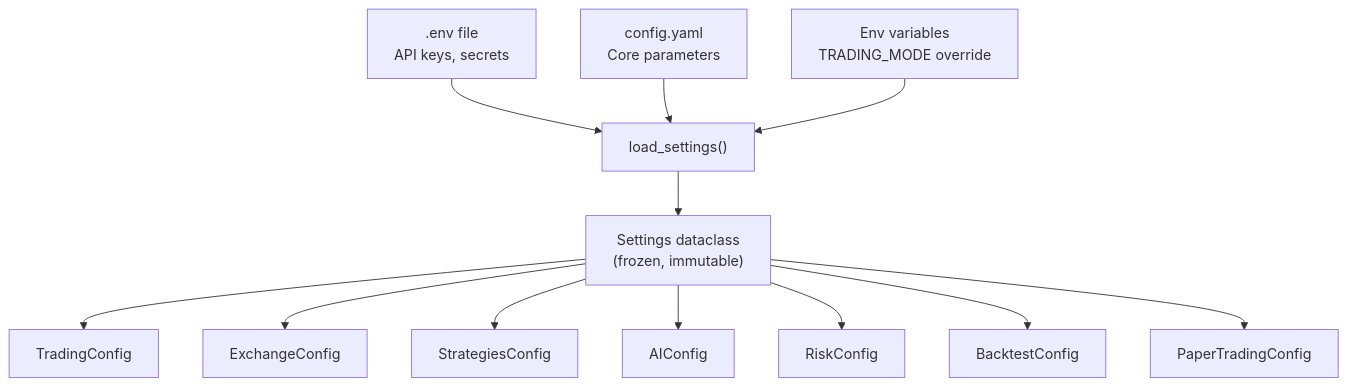
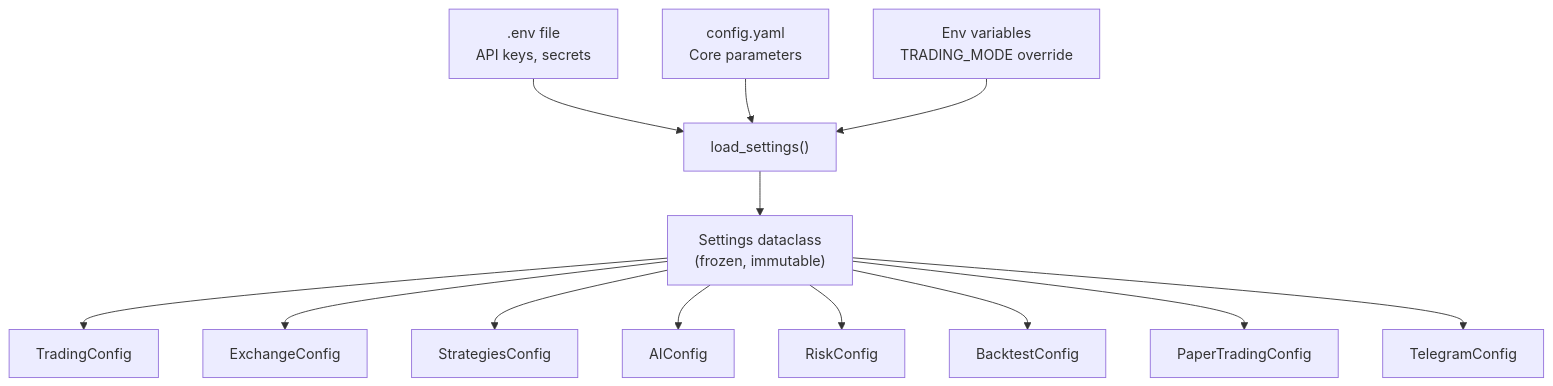
One commit to tarmosalong/tradingbot changed the third of 17 diagrams in README.md. Above: the diagram before and after it, drawn with Mermaid. The commit also changed other lines of this file, not shown here.

First line of the commit message:
docs: document Telegram, walk-forward, and multi-LLM veto in README

````diff
--- a/README.md
+++ b/README.md
@@ -194,15 +208,16 @@
 ```mermaid
 graph TD
     ENV[".env file<br/>API keys, secrets"] --> LOAD["load_settings()"]
     YAML["config.yaml<br/>Core parameters"] --> LOAD
     ENVVAR["Env variables<br/>TRADING_MODE override"] --> LOAD
     LOAD --> SETTINGS["Settings dataclass<br/>(frozen, immutable)"]
 
     SETTINGS --> TC["TradingConfig"]
     SETTINGS --> EC["ExchangeConfig"]
     SETTINGS --> SC["StrategiesConfig"]
     SETTINGS --> AC["AIConfig"]
     SETTINGS --> RC["RiskConfig"]
     SETTINGS --> BC["BacktestConfig"]
     SETTINGS --> PC["PaperTradingConfig"]
+    SETTINGS --> TG["TelegramConfig"]
 ```
````
